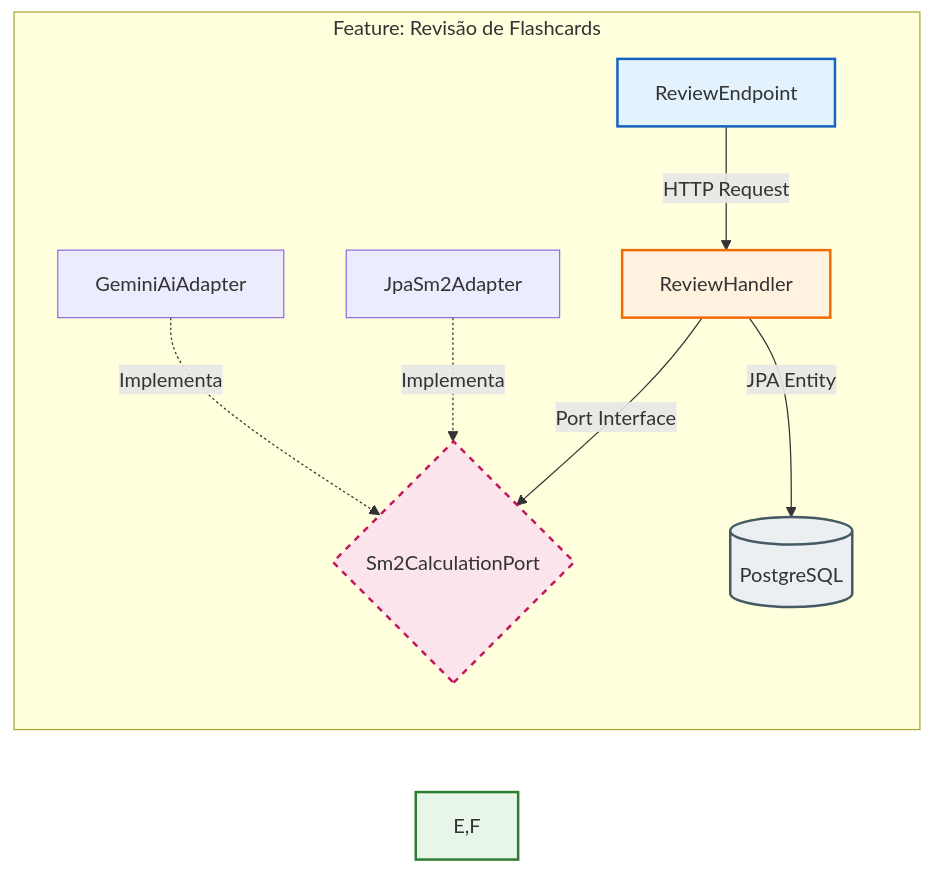
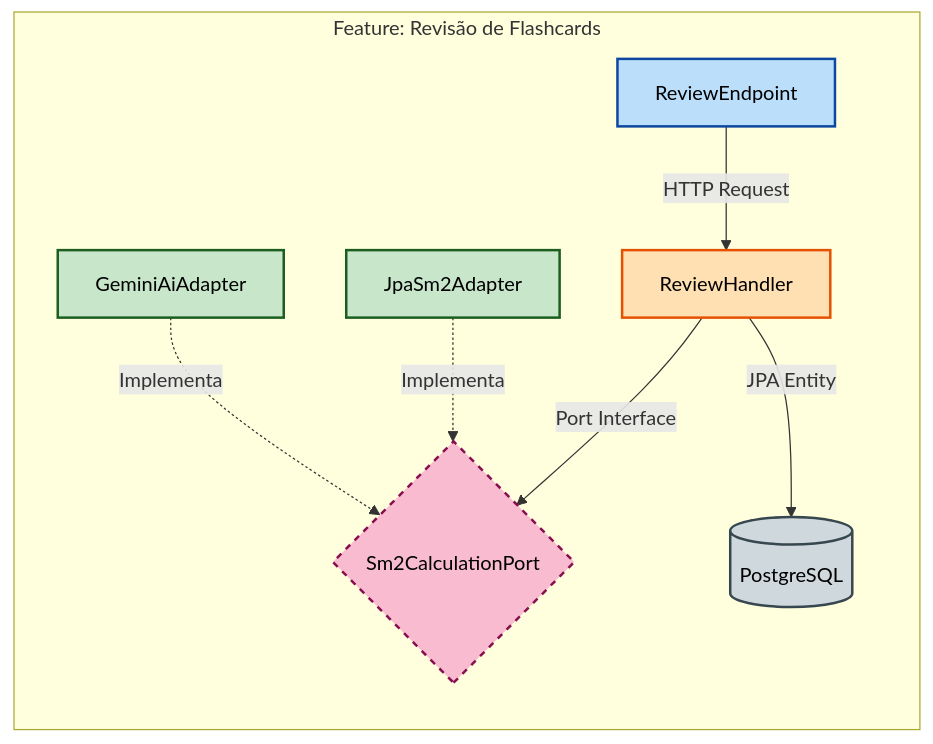
Before and after one commit to EduardoLeao-system/concurseAI: the diagram in README.md, drawn with Mermaid.

Commit message:
Update styles in README.md for diagram colors

````diff
--- a/README.md
+++ b/README.md
@@ -22,17 +22,18 @@
 ```mermaid
 graph LR
     subgraph "Feature: Revisão de Flashcards"
         A[ReviewEndpoint] -->|HTTP Request| B[ReviewHandler]
         B -->|Port Interface| C{Sm2CalculationPort}
         B -->|JPA Entity| D[(PostgreSQL)]
         
         E[JpaSm2Adapter] -.->|Implementa| C
         F[GeminiAiAdapter] -.->|Implementa| C
     end
     
-    style A fill:#e3f2fd,stroke:#1565c0,stroke-width:2px
-    style B fill:#fff3e0,stroke:#ef6c00,stroke-width:2px
-    style C fill:#fce4ec,stroke:#c2185b,stroke-width:2px,stroke-dasharray: 5 5
-    style D fill:#eceff1,stroke:#455a64,stroke-width:2px
-    style E,F fill:#e8f5e9,stroke:#2e7d32,stroke-width:2px
+    style A fill:#BBDEFB,stroke:#0D47A1,stroke-width:2px,color:#000
+    style B fill:#FFE0B2,stroke:#E65100,stroke-width:2px,color:#000
+    style C fill:#F8BBD0,stroke:#880E4F,stroke-width:2px,color:#000,stroke-dasharray: 5 5
+    style D fill:#CFD8DC,stroke:#37474F,stroke-width:2px,color:#000
+    style E fill:#C8E6C9,stroke:#1B5E20,stroke-width:2px,color:#000
+    style F fill:#C8E6C9,stroke:#1B5E20,stroke-width:2px,color:#000
 ```
````
